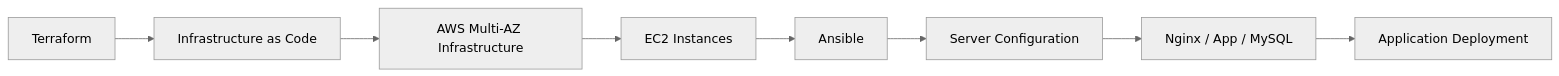
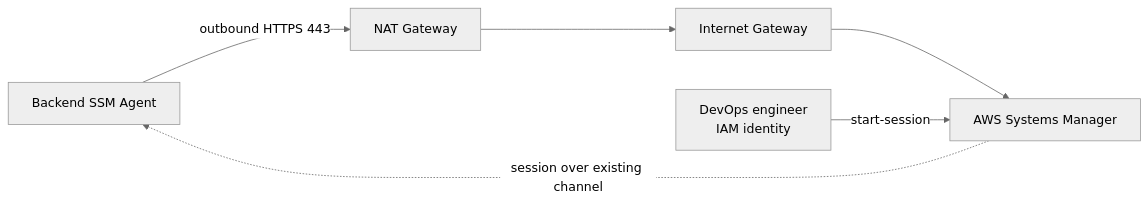
The second of 2 diagrams in README.md (ajaydhadi95-gif/terraform-aws-modular-infrastructure), drawn with Mermaid (neutral theme) before and after one commit. The commit also changed other lines of this file, not shown here.

````diff
--- a/README.md
+++ b/README.md
@@ -556,10 +122,8 @@
 ```mermaid
 flowchart LR
-    A[Terraform] --> B[Infrastructure as Code]
-    B --> C[AWS Multi-AZ Infrastructure]
-    C --> D[EC2 Instances]
-    D --> E[Ansible]
-    E --> F[Server Configuration]
-    F --> G[Nginx / App / MySQL]
-    G --> H[Application Deployment]
+    A[Backend SSM Agent] -- "outbound HTTPS 443" --> B[NAT Gateway]
+    B --> C[Internet Gateway]
+    C --> D[AWS Systems Manager]
+    E[DevOps engineer<br/>IAM identity] -- "start-session" --> D
+    D -. "session over existing channel" .-> A
 ```
````
